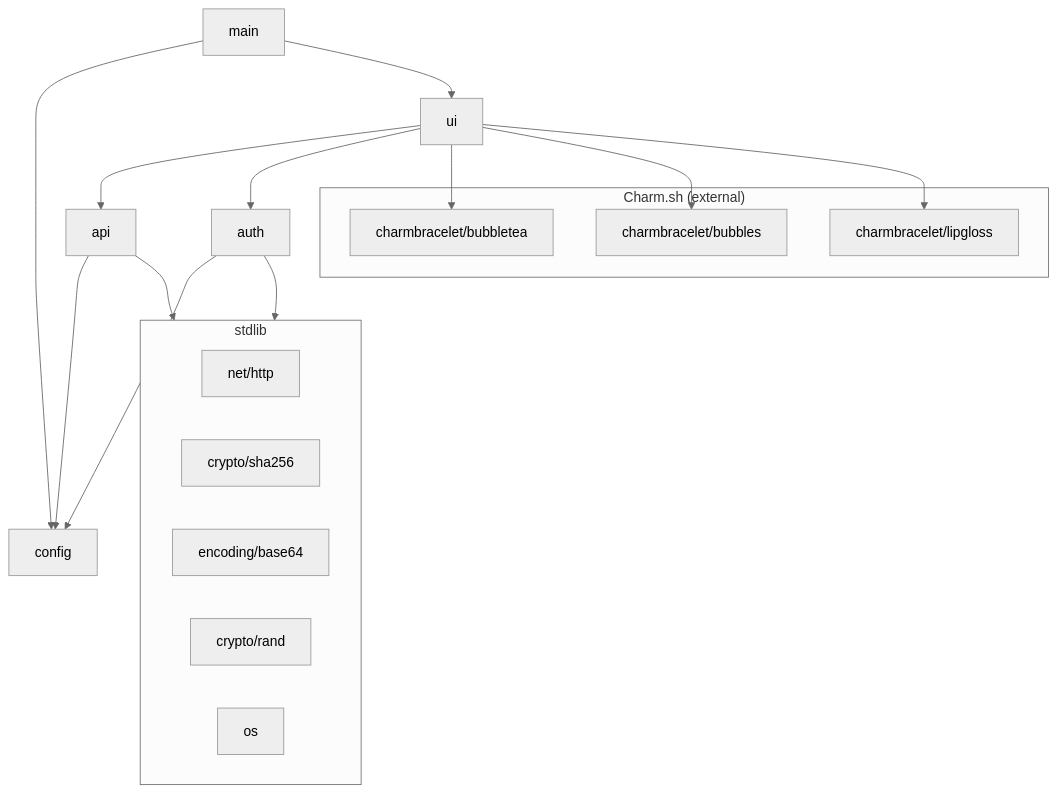
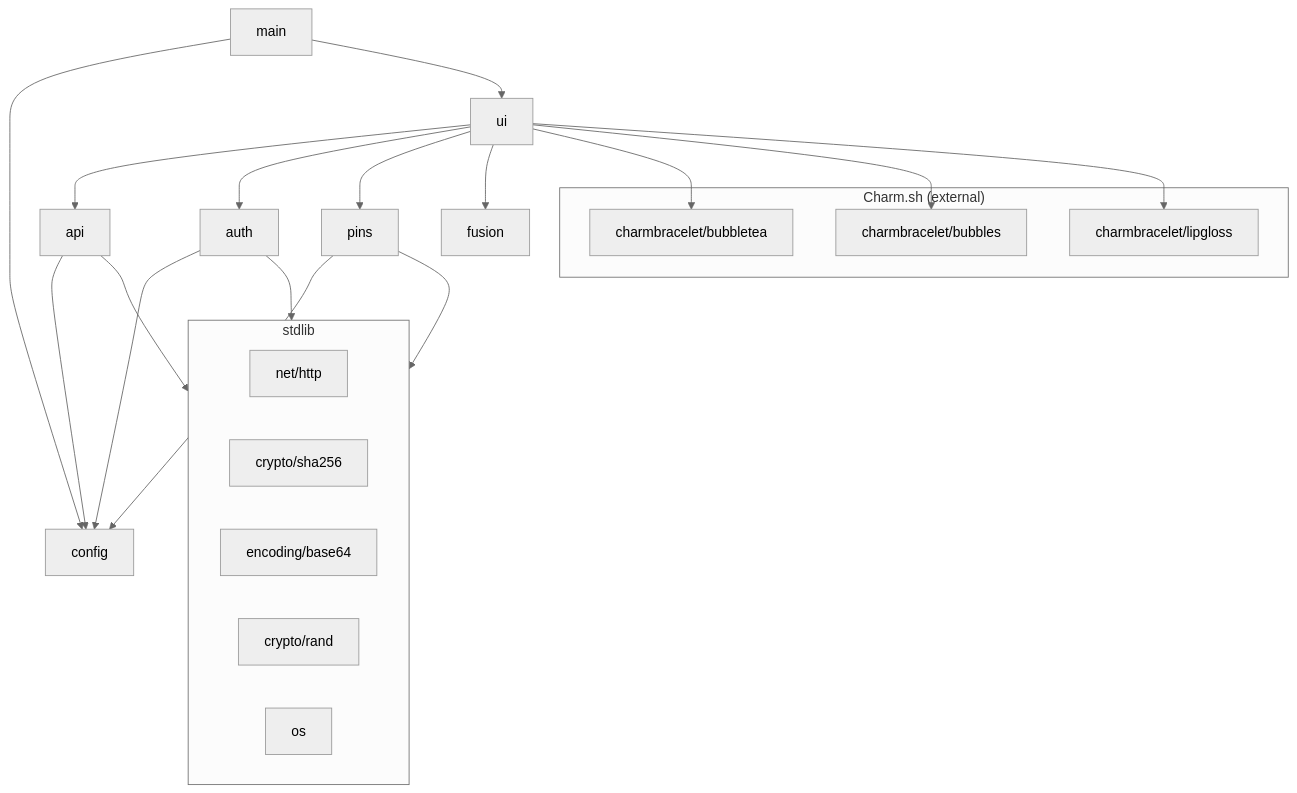
Before and after one commit to schneik80/fusionlocalserver: the fourth of 7 diagrams in docs/architecture.md, drawn with Mermaid (neutral theme). The commit also changed other lines of this file and 19 other files, not shown here.

````diff
--- a/docs/architecture.md
+++ b/docs/architecture.md
@@ -88,30 +95,34 @@
 ```mermaid
 graph TD
     main --> config
     main --> ui
     ui --> api
     ui --> auth
+    ui --> pins
+    ui --> fusion
     auth --> config
     api --> config
+    pins --> config
 
     subgraph stdlib
         net/http
         crypto/sha256
         encoding/base64
         crypto/rand
         os
     end
 
     auth --> stdlib
     api --> stdlib
+    pins --> stdlib
 
     subgraph charm["Charm.sh (external)"]
         bubbletea["charmbracelet/bubbletea"]
         bubbles["charmbracelet/bubbles"]
         lipgloss["charmbracelet/lipgloss"]
     end
 
     ui --> bubbletea
     ui --> bubbles
     ui --> lipgloss
 ```
````
